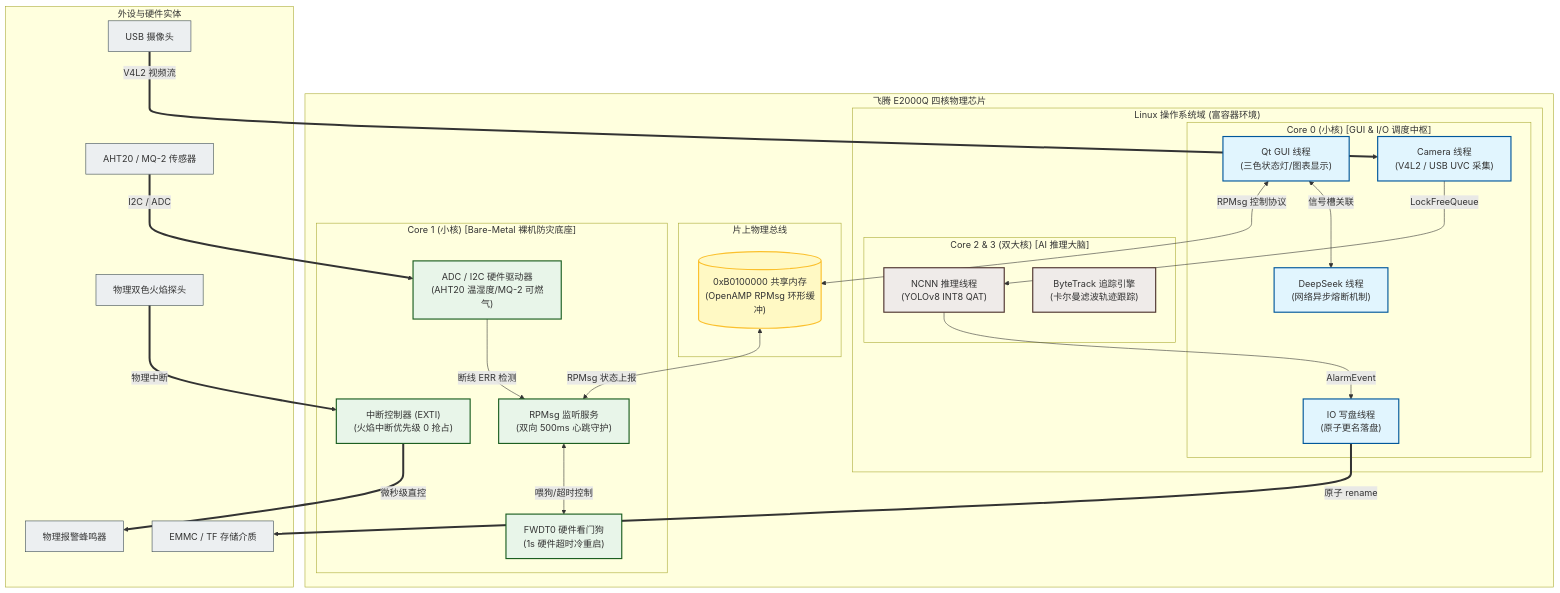
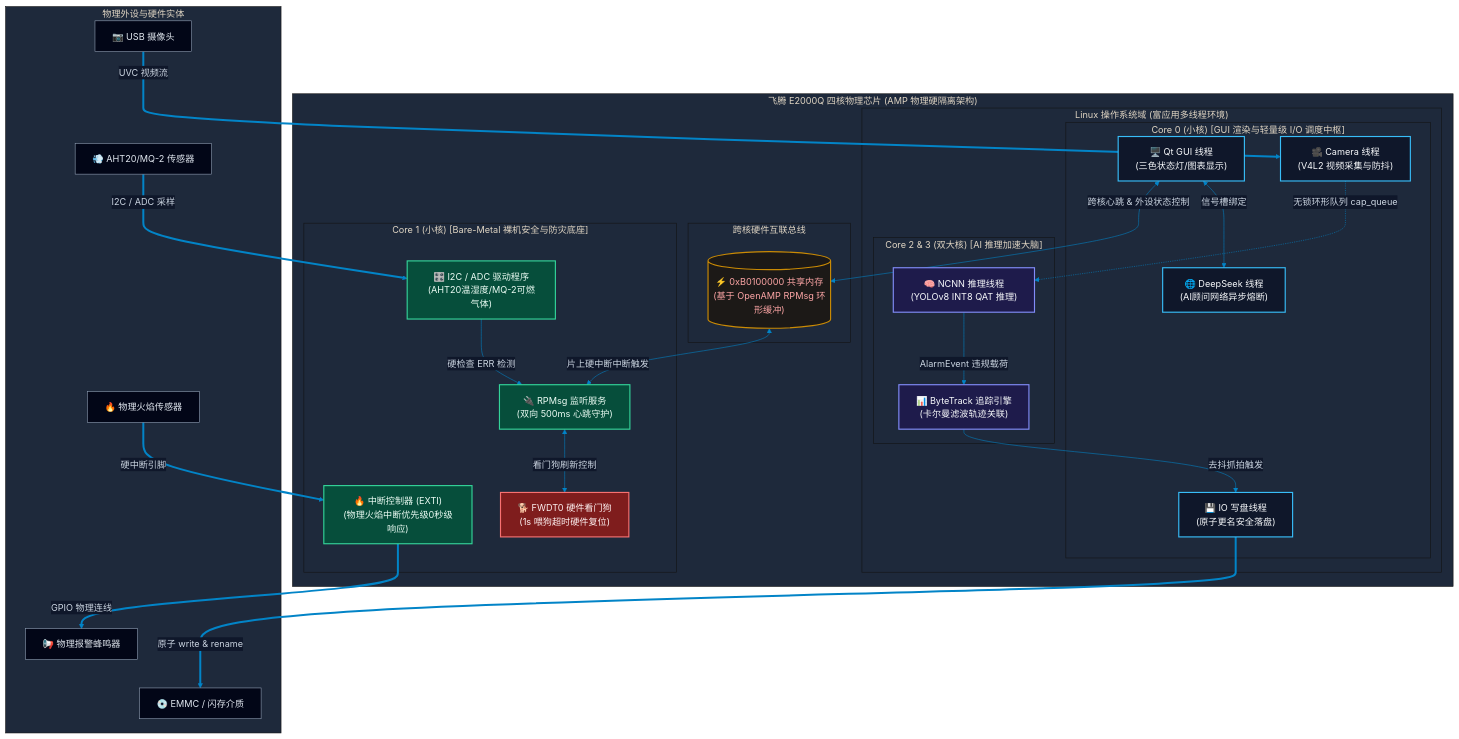
Before and after one commit to istiurosmadelgordont-cloud/PPE_System: the first of 2 diagrams in Phytium_PPE_System_SourceCode/docs/system_diagrams.md, drawn with Mermaid. The commit also changed other lines of this file, not shown here.

Commit message:
style: 优化0.2.1系统架构图与0.2.2业务流程图的视觉效果(现代深色科技风主题)

````diff
--- a/Phytium_PPE_System_SourceCode/docs/system_diagrams.md
+++ b/Phytium_PPE_System_SourceCode/docs/system_diagrams.md
@@ -15,71 +9,95 @@
 ```mermaid
+%%{init: {
+  'theme': 'base',
+  'themeVariables': {
+    'primaryColor': '#1e293b',
+    'primaryTextColor': '#cbd5e1',
+    'primaryBorderColor': '#334155',
+    'lineColor': '#0284c7',
+    'secondaryColor': '#0f172a',
+    'tertiaryColor': '#1e293b',
+    'mainBkg': '#0f172a',
+    'nodeBorder': '#38bdf8'
+  }
+}}%%
 graph TB
-    subgraph "飞腾 E2000Q 四核物理芯片"
+    subgraph "飞腾 E2000Q 四核物理芯片 (AMP 物理硬隔离架构)"
         %% ==================== LINUX DOMAIN ====================
-        subgraph "Linux 操作系统域 (富容器环境)"
-            subgraph "Core 0 (小核) [GUI & I/O 调度中枢]"
-                A1["Qt GUI 线程<br>(三色状态灯/图表显示)"]
-                A2["Camera 线程<br>(V4L2 / USB UVC 采集)"]
-                A3["IO 写盘线程<br>(原子更名落盘)"]
-                A4["DeepSeek 线程<br>(网络异步熔断机制)"]
+        subgraph "Linux 操作系统域 (富应用多线程环境)"
+            subgraph "Core 0 (小核) [GUI 渲染与轻量级 I/O 调度中枢]"
+                A1["🖥️ Qt GUI 线程<br>(三色状态灯/图表显示)"]
+                A2["🎥 Camera 线程<br>(V4L2 视频采集与防抖)"]
+                A3["💾 IO 写盘线程<br>(原子更名安全落盘)"]
+                A4["🌐 DeepSeek 线程<br>(AI顾问网络异步熔断)"]
             end
             
-            subgraph "Core 2 & 3 (双大核) [AI 推理大脑]"
-                B1["NCNN 推理线程<br>(YOLOv8 INT8 QAT)"]
-                B2["ByteTrack 追踪引擎<br>(卡尔曼滤波轨迹跟踪)"]
+            subgraph "Core 2 & 3 (双大核) [AI 推理加速大脑]"
+                B1["🧠 NCNN 推理线程<br>(YOLOv8 INT8 QAT 推理)"]
+                B2["📊 ByteTrack 追踪引擎<br>(卡尔曼滤波轨迹关联)"]
             end
         end
 
         %% ==================== SHARED BUS ====================
-        subgraph "片上物理总线"
-            C1[("0xB0100000 共享内存<br>(OpenAMP RPMsg 环形缓冲)")]
+        subgraph "跨核硬件互联总线"
+            C1[("⚡ 0xB0100000 共享内存<br>(基于 OpenAMP RPMsg 环形缓冲)")]
         end
 
         %% ==================== BARE-METAL DOMAIN ====================
-        subgraph "Core 1 (小核) [Bare-Metal 裸机防灾底座]"
-            D1["RPMsg 监听服务<br>(双向 500ms 心跳守护)"]
-            D2["中断控制器 (EXTI)<br>(火焰中断优先级 0 抢占)"]
-            D3["ADC / I2C 硬件驱动器<br>(AHT20 温湿度/MQ-2 可燃气)"]
-            D4["FWDT0 硬件看门狗<br>(1s 硬件超时冷重启)"]
+        subgraph "Core 1 (小核) [Bare-Metal 裸机安全与防灾底座]"
+            D1["🔌 RPMsg 监听服务<br>(双向 500ms 心跳守护)"]
+            D2["🔥 中断控制器 (EXTI)<br>(物理火焰中断优先级0秒级响应)"]
+            D3["🎛️ I2C / ADC 驱动程序<br>(AHT20温湿度/MQ-2可燃气体)"]
+            D4["🐕 FWDT0 硬件看门狗<br>(1s 喂狗超时硬件复位)"]
         end
     end
 
     %% ==================== PHYSICAL DEVICES ====================
-    subgraph "外设与硬件实体"
-        E1["USB 摄像头"]
-        E2["物理双色火焰探头"]
-        E3["AHT20 / MQ-2 传感器"]
-        E4["物理报警蜂鸣器"]
-        E5["EMMC / TF 存储介质"]
+    subgraph "物理外设与硬件实体"
+        E1["📷 USB 摄像头"]
+        E2["🔥 物理火焰传感器"]
+        E3["💨 AHT20/MQ-2 传感器"]
+        E4["📢 物理报警蜂鸣器"]
+        E5["💿 EMMC / 闪存介质"]
     end
 
-    %% 连线关系
-    E1 ==>|V4L2 视频流| A2
-    A2 -->|LockFreeQueue| B1
-    B1 -->|AlarmEvent| A3
-    A3 ==>|原子 rename| E5
-    A1 <-->|信号槽关联| A4
+    %% 连线关系 (数据与控制流)
+    E1 ==>|UVC 视频流| A2
+    A2 -.->|无锁环形队列 cap_queue| B1
+    B1 -->|AlarmEvent 违规载荷| B2
+    B2 -->|去抖抓拍触发| A3
+    A3 ===>|原子 write & rename| E5
+    A1 <-->|信号槽绑定| A4
 
     %% 跨核连线
-    A1 <-->|RPMsg 控制协议| C1
-    C1 <-->|RPMsg 状态上报| D1
+    A1 <-->|跨核心跳 & 外设状态控制| C1
+    C1 <-->|片上硬中断中断触发| D1
 
-    %% 裸机直控
-    E2 ==>|物理中断| D2
-    E3 ==>|I2C / ADC| D3
-    D2 ==>|微秒级直控| E4
-    D3 -->|断线 ERR 检测| D1
-    D1 <-->|喂狗/超时控制| D4
+    %% 裸机直控 (毫秒/微秒级低迟滞回路)
+    E2 ==>|硬中断引脚| D2
+    E3 ==>|I2C / ADC 采样| D3
+    D2 ==>|GPIO 物理连线| E4
+    D3 -->|硬检查 ERR 检测| D1
+    D1 <-->|看门狗刷新控制| D4
 
-    classDef core0 fill:#e1f5fe,stroke:#01579b,stroke-width:2px;
-    classDef core23 fill:#efebe9,stroke:#4e342e,stroke-width:2px;
-    classDef shared fill:#fff9c4,stroke:#fbc02d,stroke-width:2px;
-    classDef baremetal fill:#e8f5e9,stroke:#1b5e20,stroke-width:2px;
-    classDef hw fill:#eceff1,stroke:#37474f,stroke-width:1px;
-
-    class A1,A2,A3,A4 core0;
-    class B1,B2 core23;
-    class C1 shared;
-    class D1,D2,D3,D4 baremetal;
-    class E1,E2,E3,E4,E5 hw;
+    %% 样式定义 (Futuristic Palette)
+    style A1 fill:#0f172a,stroke:#38bdf8,stroke-width:2px,color:#f8fafc;
+    style A2 fill:#0f172a,stroke:#38bdf8,stroke-width:2px,color:#f8fafc;
+    style A3 fill:#0f172a,stroke:#38bdf8,stroke-width:2px,color:#f8fafc;
+    style A4 fill:#0f172a,stroke:#38bdf8,stroke-width:2px,color:#f8fafc;
+    
+    style B1 fill:#1e1b4b,stroke:#818cf8,stroke-width:2px,color:#f8fafc;
+    style B2 fill:#1e1b4b,stroke:#818cf8,stroke-width:2px,color:#f8fafc;
+    
+    style C1 fill:#1c1917,stroke:#ca8a04,stroke-width:2px,color:#fca5a5;
+    
+    style D1 fill:#064e3b,stroke:#34d399,stroke-width:2px,color:#ecfdf5;
+    style D2 fill:#064e3b,stroke:#34d399,stroke-width:2px,color:#ecfdf5;
+    style D3 fill:#064e3b,stroke:#34d399,stroke-width:2px,color:#ecfdf5;
+    style D4 fill:#7f1d1d,stroke:#f87171,stroke-width:2px,color:#fef2f2;
+    
+    style E1 fill:#020617,stroke:#94a3b8,stroke-width:1px,color:#e2e8f0;
+    style E2 fill:#020617,stroke:#94a3b8,stroke-width:1px,color:#e2e8f0;
+    style E3 fill:#020617,stroke:#94a3b8,stroke-width:1px,color:#e2e8f0;
+    style E4 fill:#020617,stroke:#94a3b8,stroke-width:1px,color:#e2e8f0;
+    style E5 fill:#020617,stroke:#94a3b8,stroke-width:1px,color:#e2e8f0;
 ```
````
